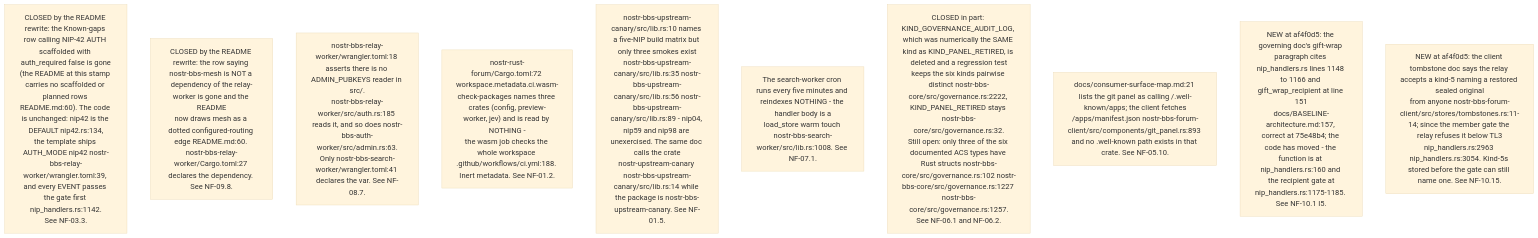
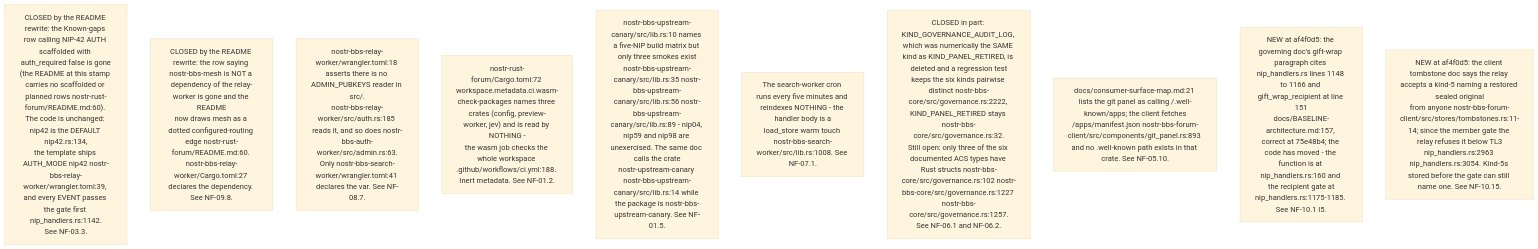
One commit to DreamLab-AI/VisionFlow changed the fifth of 13 diagrams in docs/diagrams/nostr-rust-forum/10-invariants-and-anomaly-register.md. Above: the diagram before and after it, drawn with Mermaid (base theme). The commit also changed other lines of this file and 1 other file, not shown here.

First line of the commit message:
WIP diagrams/kit-fold: re-stamp NF-05 and NF-10 to fd31193, close O21, fold kit register items

````diff
--- a/docs/diagrams/nostr-rust-forum/10-invariants-and-anomaly-register.md
+++ b/docs/diagrams/nostr-rust-forum/10-invariants-and-anomaly-register.md
@@ -164,13 +188,13 @@
 ```mermaid
 flowchart TB
-    DD1["CLOSED by the README rewrite: the Known-gaps row calling NIP-42 AUTH scaffolded with auth_required false is gone<br/>(the README at this stamp carries no scaffolded or planned rows README.md:60). The code is unchanged: nip42 is the DEFAULT nip42.rs:134,<br/>the template ships AUTH_MODE nip42 nostr-bbs-relay-worker/wrangler.toml:39, and every EVENT passes the gate first nip_handlers.rs:1142.<br/>See NF-03.3."]
-    DD2["CLOSED by the README rewrite: the row saying nostr-bbs-mesh is NOT a dependency of the relay-worker is gone and the README<br/>now draws mesh as a dotted configured-routing edge README.md:60. nostr-bbs-relay-worker/Cargo.toml:27 declares the dependency. See NF-09.8."]
+    DD1["CLOSED by the README rewrite: the Known-gaps row calling NIP-42 AUTH scaffolded with auth_required false is gone<br/>(the README at this stamp carries no scaffolded or planned rows nostr-rust-forum/README.md:60). The code is unchanged: nip42 is the DEFAULT nip42.rs:134,<br/>the template ships AUTH_MODE nip42 nostr-bbs-relay-worker/wrangler.toml:39, and every EVENT passes the gate first nip_handlers.rs:1142.<br/>See NF-03.3."]
+    DD2["CLOSED by the README rewrite: the row saying nostr-bbs-mesh is NOT a dependency of the relay-worker is gone and the README<br/>now draws mesh as a dotted configured-routing edge nostr-rust-forum/README.md:60. nostr-bbs-relay-worker/Cargo.toml:27 declares the dependency. See NF-09.8."]
     DD3["nostr-bbs-relay-worker/wrangler.toml:18 asserts there is no ADMIN_PUBKEYS reader in src/.<br/>nostr-bbs-relay-worker/src/auth.rs:185 reads it, and so does nostr-bbs-auth-worker/src/admin.rs:63.<br/>Only nostr-bbs-search-worker/wrangler.toml:41 declares the var. See NF-08.7."]
     DD4["nostr-rust-forum/Cargo.toml:72 workspace.metadata.ci.wasm-check-packages names three crates (config, preview-worker, jev) and is read by NOTHING -<br/>the wasm job checks the whole workspace .github/workflows/ci.yml:188. Inert metadata. See NF-01.2."]
     DD5["nostr-bbs-upstream-canary/src/lib.rs:10 names a five-NIP build matrix but only three smokes exist<br/>nostr-bbs-upstream-canary/src/lib.rs:35 nostr-bbs-upstream-canary/src/lib.rs:56 nostr-bbs-upstream-canary/src/lib.rs:89 - nip04, nip59 and nip98 are unexercised. The same doc calls the crate<br/>nostr-upstream-canary nostr-bbs-upstream-canary/src/lib.rs:14 while the package is nostr-bbs-upstream-canary. See NF-01.5."]
     DD6["The search-worker cron runs every five minutes and reindexes NOTHING - the handler body is a<br/>load_store warm touch nostr-bbs-search-worker/src/lib.rs:1008. See NF-07.1."]
     DD7["CLOSED in part: KIND_GOVERNANCE_AUDIT_LOG, which was numerically the SAME kind as KIND_PANEL_RETIRED, is deleted and a regression test<br/>keeps the six kinds pairwise distinct nostr-bbs-core/src/governance.rs:2222, KIND_PANEL_RETIRED stays nostr-bbs-core/src/governance.rs:32.<br/>Still open: only three of the six documented ACS types have Rust structs nostr-bbs-core/src/governance.rs:102 nostr-bbs-core/src/governance.rs:1227 nostr-bbs-core/src/governance.rs:1257.<br/>See NF-06.1 and NF-06.2."]
     DD8["docs/consumer-surface-map.md:21 lists the git panel as calling /.well-known/apps; the client fetches<br/>/apps/manifest.json nostr-bbs-forum-client/src/components/git_panel.rs:893 and no .well-known path exists in that crate. See NF-05.10."]
     DD9["NEW at af4f0d5: the governing doc's gift-wrap paragraph cites nip_handlers.rs lines 1148 to 1166 and gift_wrap_recipient at line 151<br/>docs/BASELINE-architecture.md:157, correct at 75e48b4; the code has moved - the function is at nip_handlers.rs:160 and the recipient gate at<br/>nip_handlers.rs:1175-1185. See NF-10.1 I5."]
     DD10["NEW at af4f0d5: the client tombstone doc says the relay accepts a kind-5 naming a restored sealed original<br/>from anyone nostr-bbs-forum-client/src/stores/tombstones.rs:11-14; since the member gate the relay refuses it below TL3<br/>nip_handlers.rs:2963 nip_handlers.rs:3054. Kind-5s stored before the gate can still name one. See NF-10.15."]
 ```
````
